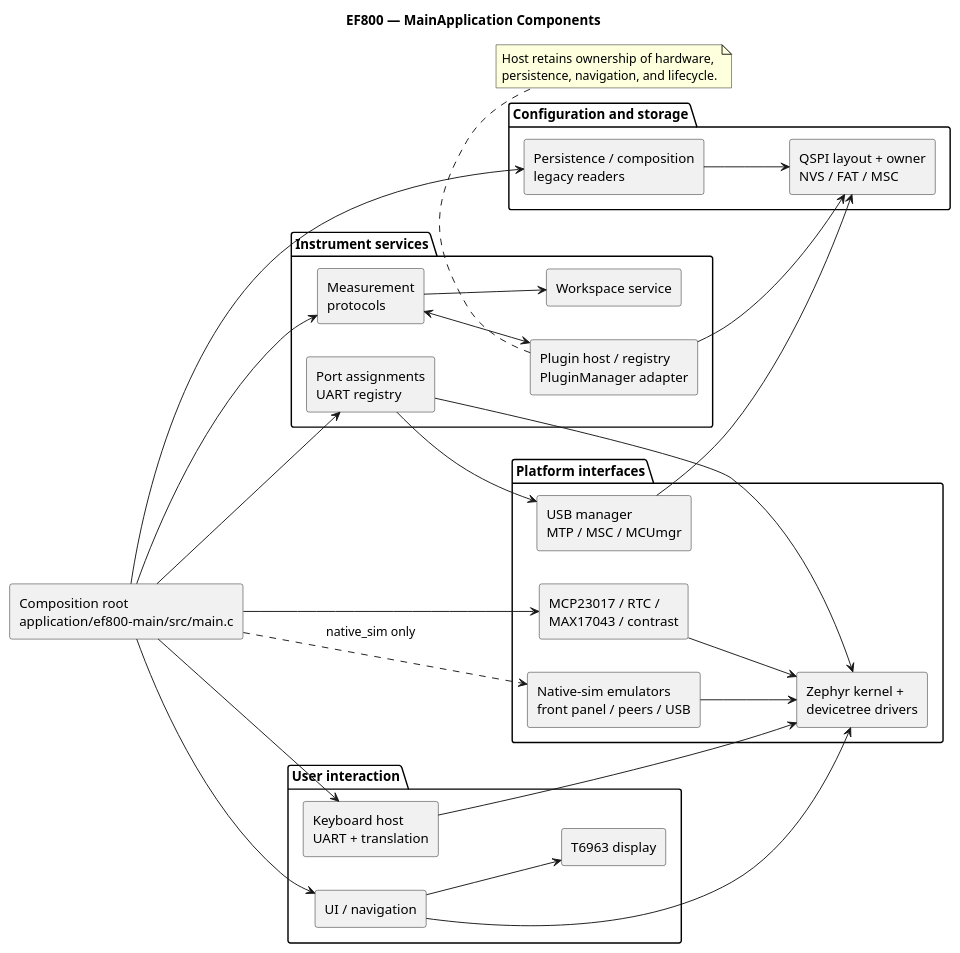
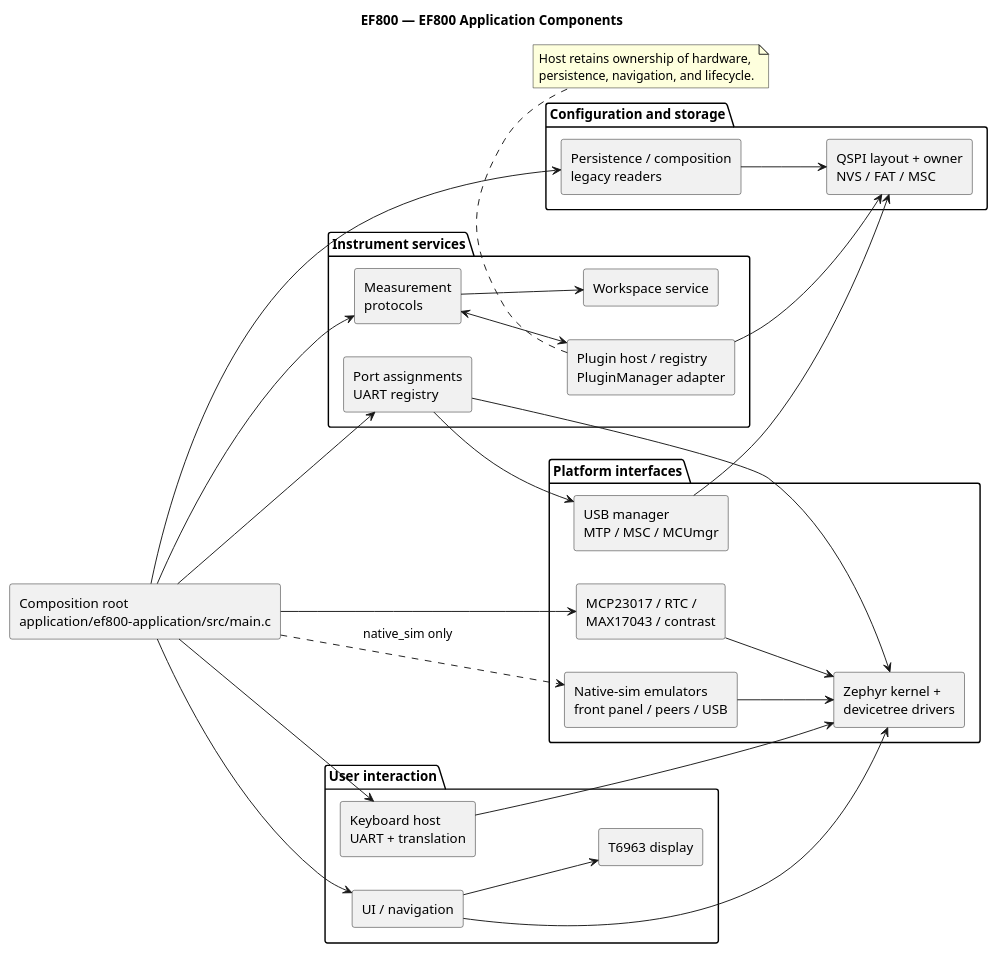
Before and after one commit to jaster-prj/EF800-Zephyr: the diagram in architecture/diagram_as_code/05_building_block_view/2_main_components.puml, drawn with PlantUML. The commit also changed 753 other files, not shown here.

```diff
--- a/architecture/diagram_as_code/05_building_block_view/2_main_components.puml
+++ b/architecture/diagram_as_code/05_building_block_view/2_main_components.puml
@@ -1,52 +1,52 @@
 @startuml 2_main_components
-title EF800 — MainApplication Components
+title EF800 — EF800 Application Components
 left to right direction
 
-rectangle "Composition root\napplication/ef800-main/src/main.c" as root
+rectangle "Composition root\napplication/ef800-application/src/main.c" as root
 package "User interaction" {
   rectangle "UI / navigation" as ui
   rectangle "T6963 display" as display
   rectangle "Keyboard host\nUART + translation" as keyboard
 }
 package "Instrument services" {
   rectangle "Port assignments\nUART registry" as ports
   rectangle "Measurement\nprotocols" as measurement
   rectangle "Workspace service" as workspace
   rectangle "Plugin host / registry\nPluginManager adapter" as plugins
 }
 package "Configuration and storage" {
   rectangle "Persistence / composition\nlegacy readers" as persistence
   rectangle "QSPI layout + owner\nNVS / FAT / MSC" as storage
 }
 package "Platform interfaces" {
   rectangle "USB manager\nMTP / MSC / MCUmgr" as usb
   rectangle "MCP23017 / RTC /\nMAX17043 / contrast" as devices
   rectangle "Native-sim emulators\nfront panel / peers / USB" as native
   rectangle "Zephyr kernel +\ndevicetree drivers" as zephyr
 }
 
 root --> ui
 root --> keyboard
 root --> ports
 root --> measurement
 root --> persistence
 root --> devices
 measurement <--> plugins
 measurement --> workspace
 plugins --> storage
 persistence --> storage
 ports --> usb
 usb --> storage
 ui --> display
 ui --> zephyr
 keyboard --> zephyr
 ports --> zephyr
 devices --> zephyr
 root ..> native : native_sim only
 native --> zephyr
 
 note bottom of plugins
   Host retains ownership of hardware,
   persistence, navigation, and lifecycle.
 end note
 @enduml
```
